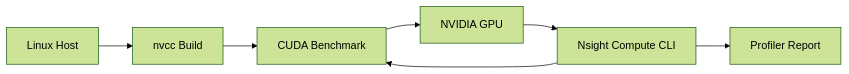
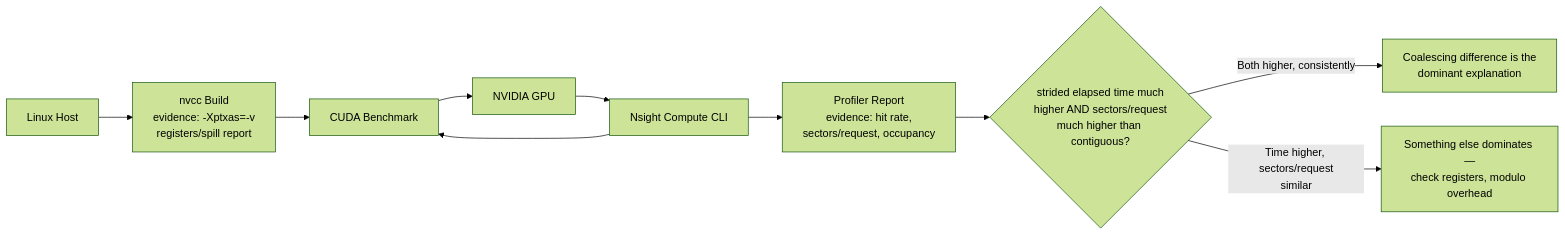
The diagram in docs/nvidia-zero-to-hero/volume-02/labs/lab-03-profile-memory-and-warp-efficiency.md (jithinpnjm/nvidia-devops), drawn with Mermaid (forest theme) before and after one commit. The commit also changed other lines of this file, not shown here.

````diff
--- a/docs/nvidia-zero-to-hero/volume-02/labs/lab-03-profile-memory-and-warp-efficiency.md
+++ b/docs/nvidia-zero-to-hero/volume-02/labs/lab-03-profile-memory-and-warp-efficiency.md
@@ -56,13 +56,16 @@
 ```mermaid
 flowchart LR
     Host[Linux Host]
-    Build[nvcc Build]
+    Build["nvcc Build<br/>evidence: -Xptxas=-v<br/>registers/spill report"]
     Binary[CUDA Benchmark]
     GPU[NVIDIA GPU]
     NCU[Nsight Compute CLI]
-    Report[Profiler Report]
+    Report["Profiler Report<br/>evidence: hit rate,<br/>sectors/request, occupancy"]
 
     Host --> Build --> Binary --> GPU
     NCU --> Binary
     GPU --> NCU --> Report
+    Report --> Verdict{"strided elapsed time much<br/>higher AND sectors/request<br/>much higher than contiguous?"}
+    Verdict -->|"Both higher, consistently"| Confirmed["Coalescing difference is the<br/>dominant explanation"]
+    Verdict -->|"Time higher, sectors/request<br/>similar"| Other["Something else dominates —<br/>check registers, modulo overhead"]
 ```
````
